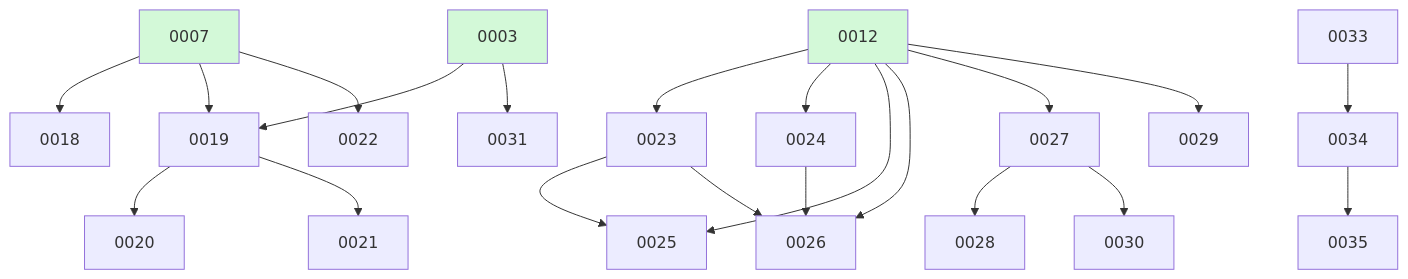
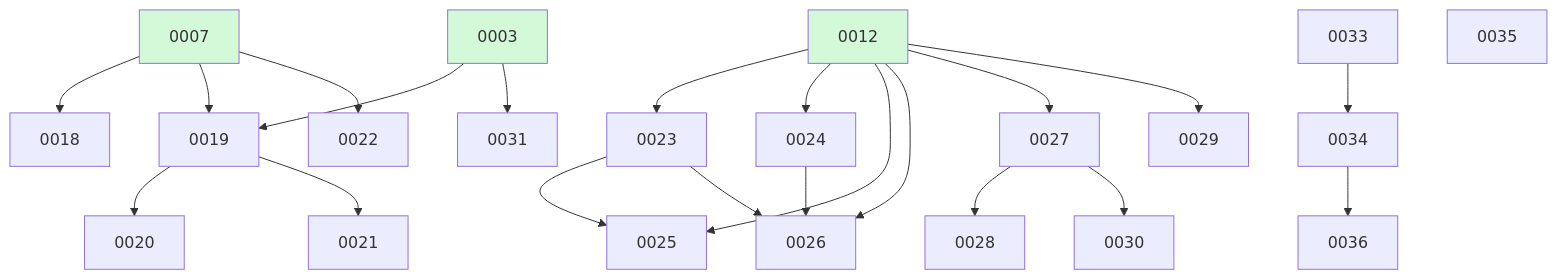
The diagram in docs/changes/BOARD.md (ethanhinson/fuse), drawn with Mermaid before and after one commit. The commit also changed other lines of this file, not shown here.

````diff
--- a/docs/changes/BOARD.md
+++ b/docs/changes/BOARD.md
@@ -33,29 +33,29 @@
 ```mermaid
 graph TD
   0007 --> 0018
   0003 --> 0019
   0007 --> 0019
   0019 --> 0020
   0019 --> 0021
   0007 --> 0022
   0012 --> 0023
   0012 --> 0024
   0012 --> 0025
   0023 --> 0025
   0012 --> 0026
   0023 --> 0026
   0024 --> 0026
   0012 --> 0027
   0027 --> 0028
   0012 --> 0029
   0027 --> 0030
   0003 --> 0031
   0033
   0033 --> 0034
-  0034 --> 0035
   0035
+  0034 --> 0036
   0003:::done
   0007:::done
   0012:::done
   classDef done fill:#d3f9d8;
 ```
````
